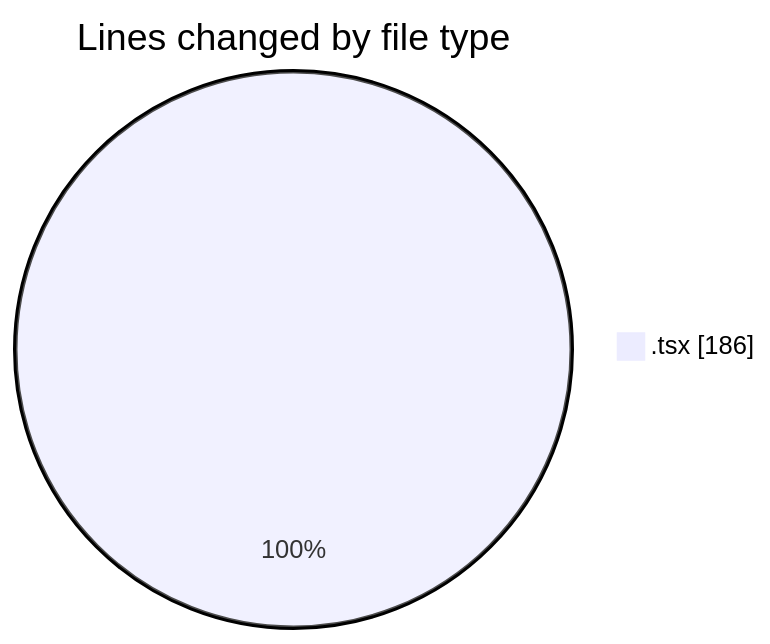
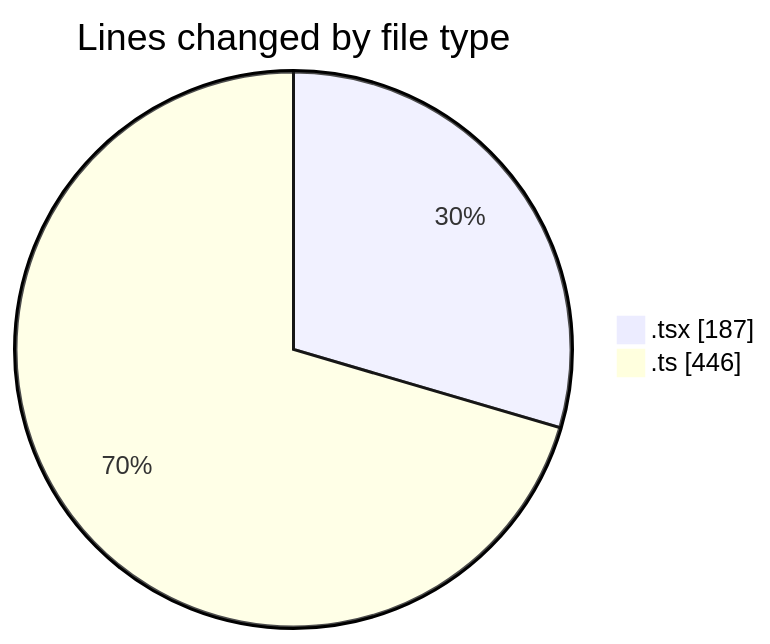
One commit to momahboobian/code-tracking changed the first of 2 diagrams in 2026-03-30/cda/README.md. Above: the diagram before and after it, drawn with Mermaid. The commit also changed other lines of this file and 1 other file, not shown here.

````diff
--- a/2026-03-30/cda/README.md
+++ b/2026-03-30/cda/README.md
@@ -20,5 +21,6 @@
 ```mermaid
 pie showData
 title Lines changed by file type
-".tsx" : 186
+".tsx" : 187
+".ts" : 446
 ```
````
